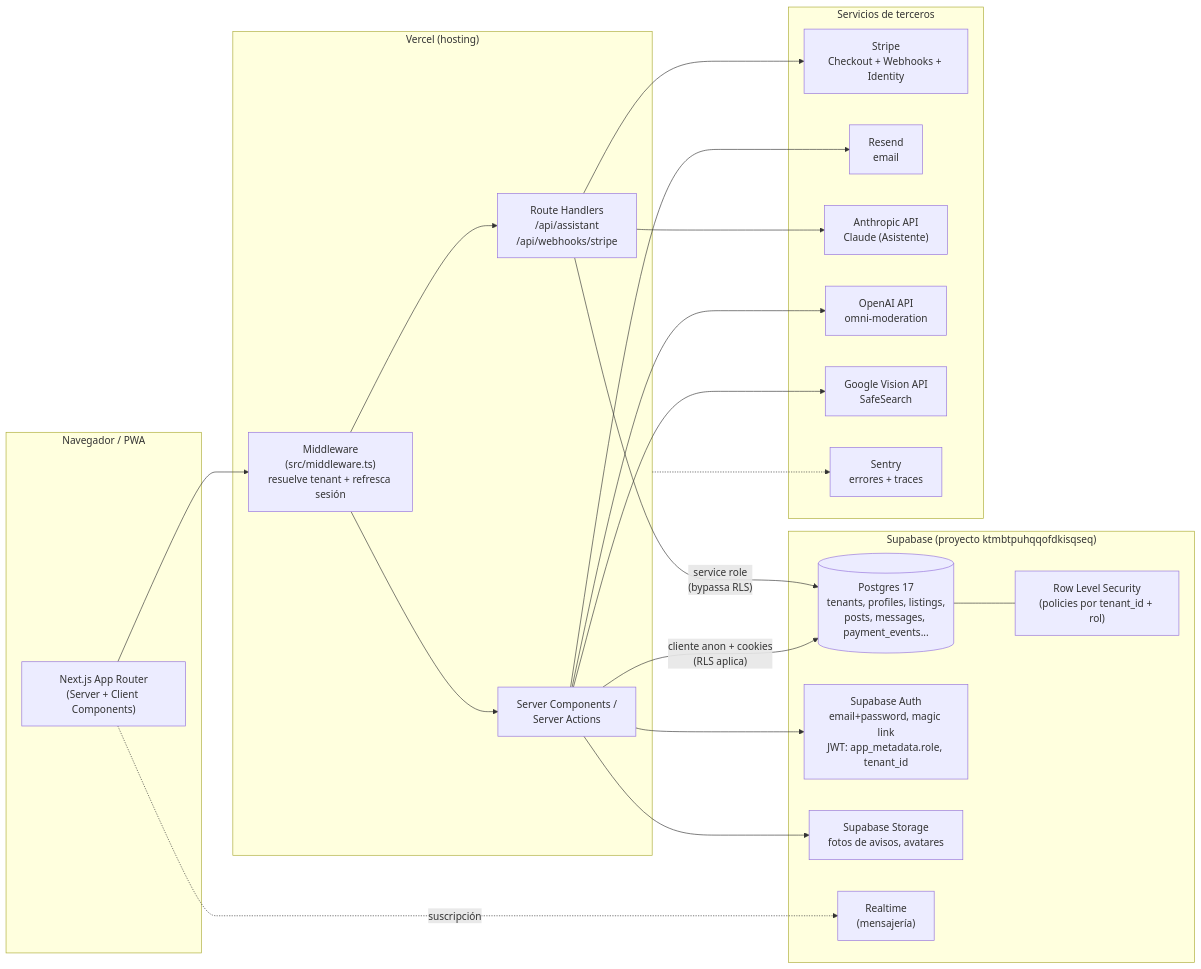
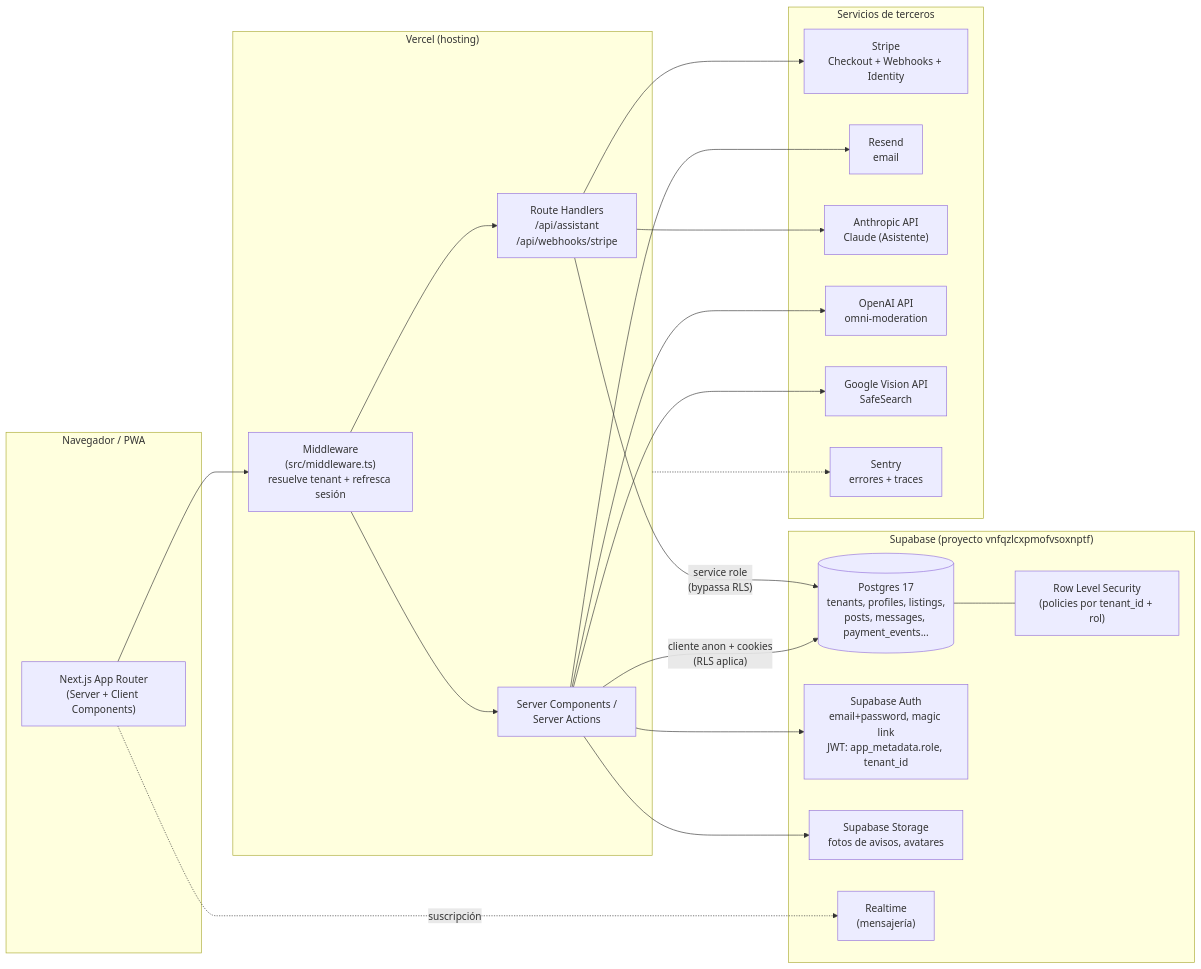
One commit to developers-insights/comunidad-latina changed the second of 4 diagrams in docs/entrega/arquitectura-diagrama.md. Above: the diagram before and after it, drawn with Mermaid. The commit also changed 4 other files, not shown here.

````diff
--- a/docs/entrega/arquitectura-diagrama.md
+++ b/docs/entrega/arquitectura-diagrama.md
@@ -62,46 +62,46 @@
 ```mermaid
 flowchart LR
     subgraph Cliente["Navegador / PWA"]
         Browser["Next.js App Router\n(Server + Client Components)"]
     end
 
     subgraph Vercel["Vercel (hosting)"]
         Middleware["Middleware\n(src/middleware.ts)\nresuelve tenant + refresca sesión"]
         RSC["Server Components /\nServer Actions"]
         API["Route Handlers\n/api/assistant\n/api/webhooks/stripe"]
     end
 
-    subgraph SupaProj["Supabase (proyecto ktmbtpuhqqofdkisqseq)"]
+    subgraph SupaProj["Supabase (proyecto vnfqzlcxpmofvsoxnptf)"]
         PG[("Postgres 17\ntenants, profiles, listings,\nposts, messages, payment_events...")]
         Auth["Supabase Auth\nemail+password, magic link\nJWT: app_metadata.role, tenant_id"]
         Storage["Supabase Storage\nfotos de avisos, avatares"]
         Realtime["Realtime\n(mensajería)"]
         RLS["Row Level Security\n(policies por tenant_id + rol)"]
     end
 
     subgraph Terceros["Servicios de terceros"]
         StripeS["Stripe\nCheckout + Webhooks + Identity"]
         ResendS["Resend\nemail"]
         AnthropicS["Anthropic API\nClaude (Asistente)"]
         OpenAIS["OpenAI API\nomni-moderation"]
         VisionS["Google Vision API\nSafeSearch"]
         SentryS["Sentry\nerrores + traces"]
     end
 
     Browser --> Middleware
     Middleware --> RSC
     Middleware --> API
     RSC -->|"cliente anon + cookies\n(RLS aplica)"| PG
     RSC --> Auth
     API -->|"service role\n(bypassa RLS)"| PG
     PG --- RLS
     RSC --> Storage
     Browser -.suscripción.-> Realtime
 
     API --> StripeS
     RSC --> ResendS
     API --> AnthropicS
     RSC --> OpenAIS
     RSC --> VisionS
     Vercel -.-> SentryS
 ```
````
